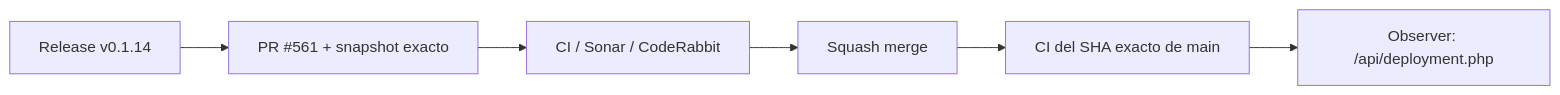
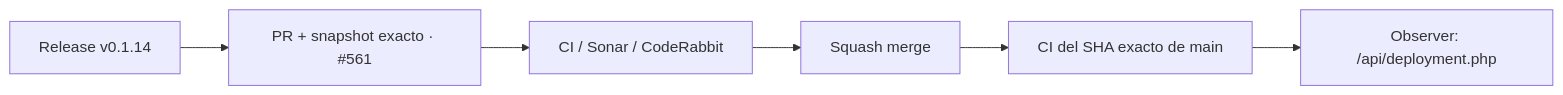
The diagram in README.md (pl0n3r/brvtal), drawn with Mermaid before and after one commit.

Commit message:
docs: align README dashboard marker

````diff
--- a/README.md
+++ b/README.md
@@ -48,8 +48,8 @@
 ```mermaid
 flowchart LR
- A["Release v0.1.14"] --> P["PR #561 + snapshot exacto"]
+ A["Release v0.1.14"] --> P["PR + snapshot exacto · #561"]
  P --> Q["CI / Sonar / CodeRabbit"]
  Q --> M["Squash merge"]
  M --> X["CI del SHA exacto de main"]
  X --> O["Observer: /api/deployment.php"]
 ```
````
